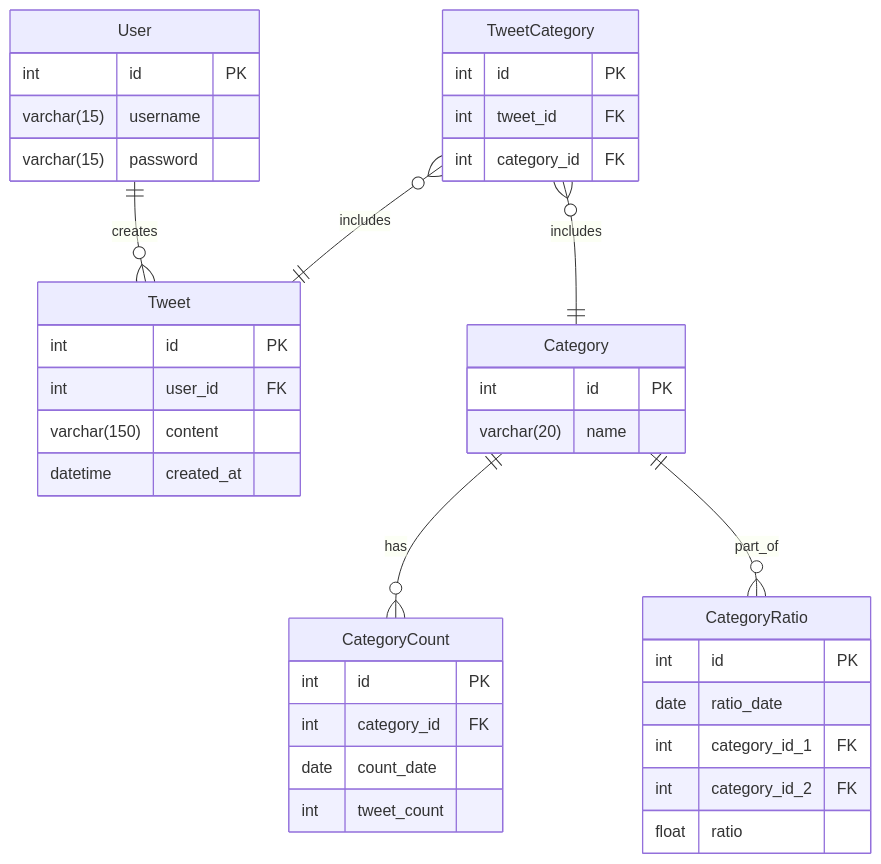
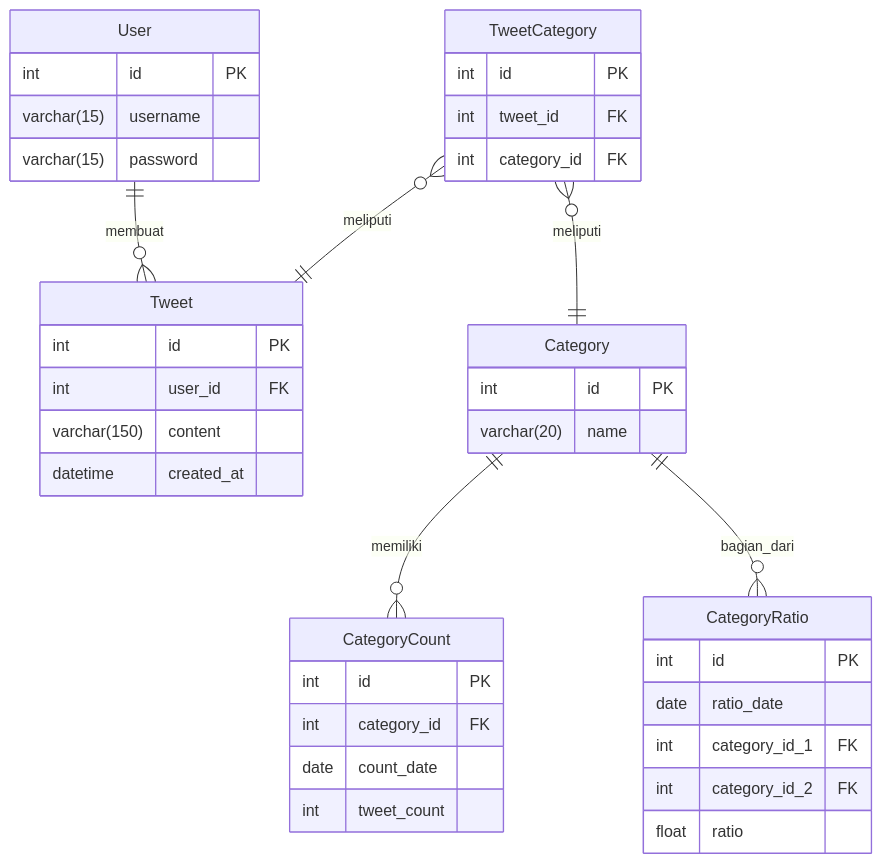
The diagram in README.md (dimcoord/basdat), drawn with Mermaid before and after one commit. The commit also changed other lines of this file and 2 other files, not shown here.

Commit message:
fix data1.sql, install.sql, readme

````diff
--- a/README.md
+++ b/README.md
@@ -5,47 +5,47 @@
 ```mermaid
 erDiagram
-    User ||--o{ Tweet : creates
-    TweetCategory }o--|| Tweet : includes
-    TweetCategory }o--|| Category : includes
-    Category ||--o{ CategoryCount : has
-    Category ||--o{ CategoryRatio : part_of
+    User ||--o{ Tweet : membuat
+    TweetCategory }o--|| Tweet : meliputi
+    TweetCategory }o--|| Category : meliputi
+    Category ||--o{ CategoryCount : memiliki
+    Category ||--o{ CategoryRatio : bagian_dari
 
     User {
         int id PK
         varchar(15) username
         varchar(15) password
     }
 
     Tweet {
         int id PK
         int user_id FK
         varchar(150) content
         datetime created_at
     }
 
     Category {
         int id PK
         varchar(20) name
     }
 
     TweetCategory {
         int id PK
         int tweet_id FK
         int category_id FK
     }
 
     CategoryCount {
         int id PK
         int category_id FK
         date count_date
         int tweet_count
     }
 
     CategoryRatio {
         int id PK
         date ratio_date
         int category_id_1 FK
         int category_id_2 FK
         float ratio
     }
 ```
````
